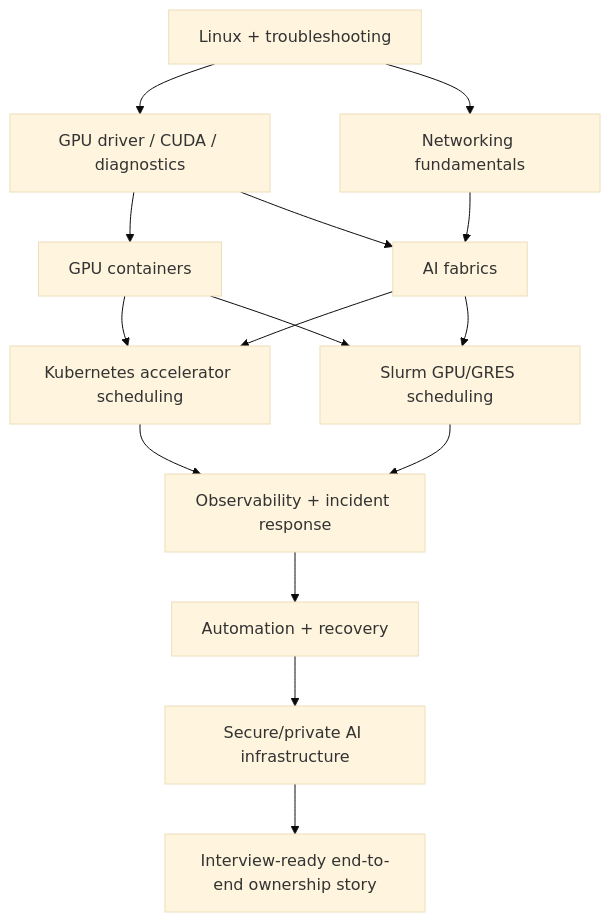
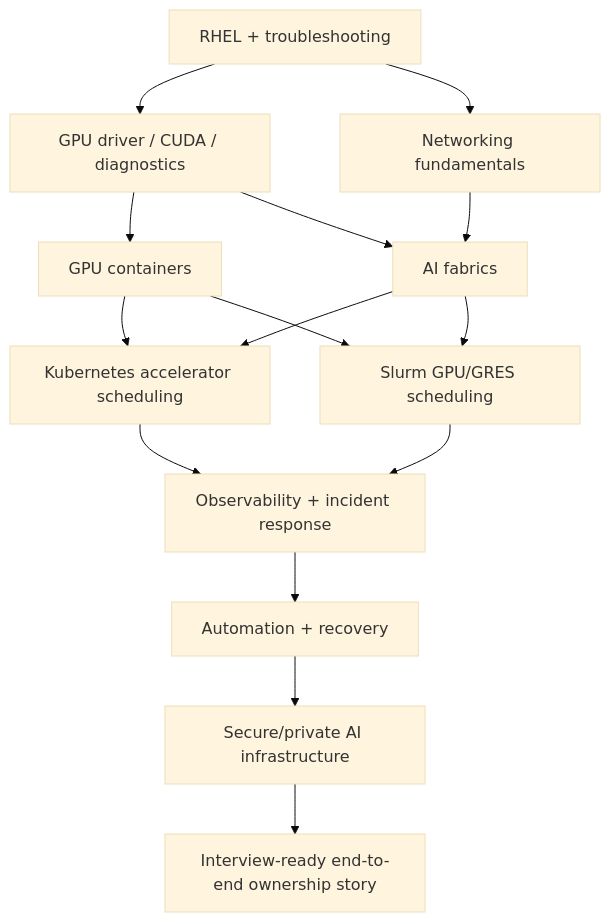
Before and after one commit to finknc01/Learning-Plan: the second of 3 diagrams in roadmap/visual-roadmap.md, drawn with Mermaid (base theme). The commit also changed other lines of this file, not shown here.

Commit message:
Align visual roadmap with RHEL-only foundation

````diff
--- a/roadmap/visual-roadmap.md
+++ b/roadmap/visual-roadmap.md
@@ -19,17 +19,17 @@
 ```mermaid
 flowchart TB
-    L[Linux + troubleshooting] --> G[GPU driver / CUDA / diagnostics]
+    L[RHEL + troubleshooting] --> G[GPU driver / CUDA / diagnostics]
     L --> N[Networking fundamentals]
     G --> C[GPU containers]
     N --> F[AI fabrics]
     G --> F
     C --> K[Kubernetes accelerator scheduling]
     C --> S[Slurm GPU/GRES scheduling]
     F --> K
     F --> S
     K --> O[Observability + incident response]
     S --> O
     O --> A[Automation + recovery]
     A --> SEC[Secure/private AI infrastructure]
     SEC --> JOB[Interview-ready end-to-end ownership story]
 ```
````
